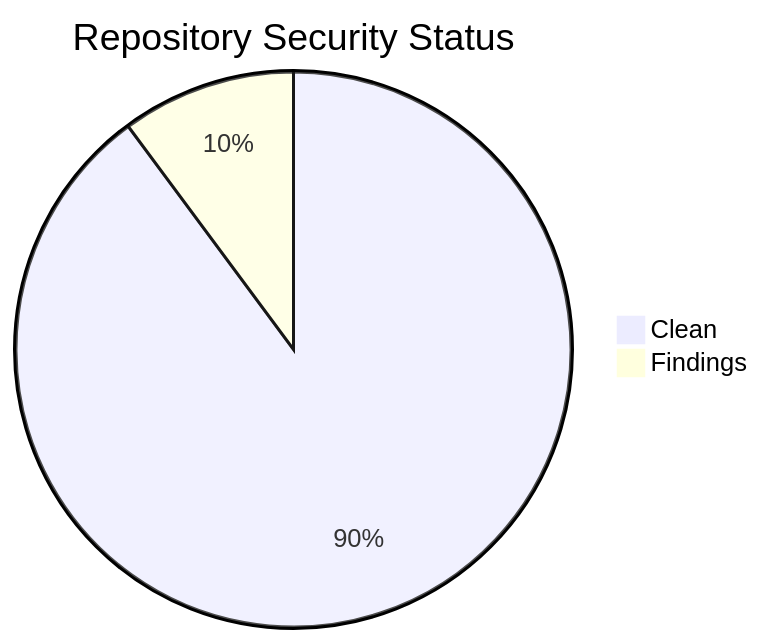
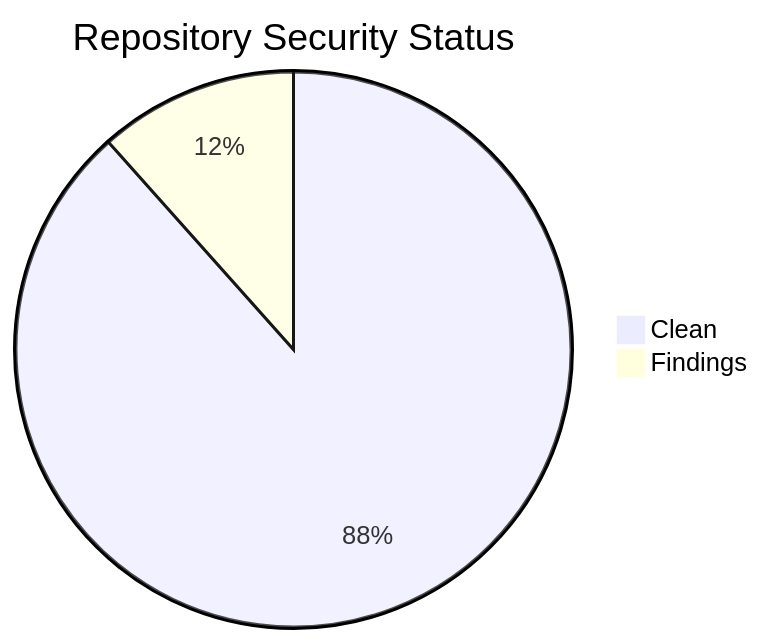
The second of 2 diagrams in projects/status.md (icepaule/icepaule.github.io), drawn with Mermaid before and after one commit. The commit also changed other lines of this file and 61 other files, not shown here.

````diff
--- a/projects/status.md
+++ b/projects/status.md
@@ -132,5 +132,5 @@
 ```mermaid
 pie title Repository Security Status
-    "Clean" : 62
-    "Findings" : 7
+    "Clean" : 61
+    "Findings" : 8
 ```
````
